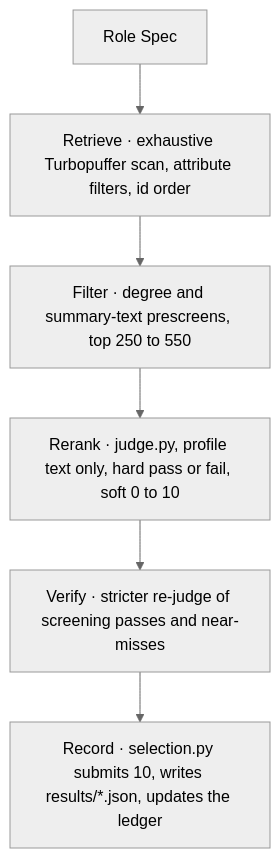
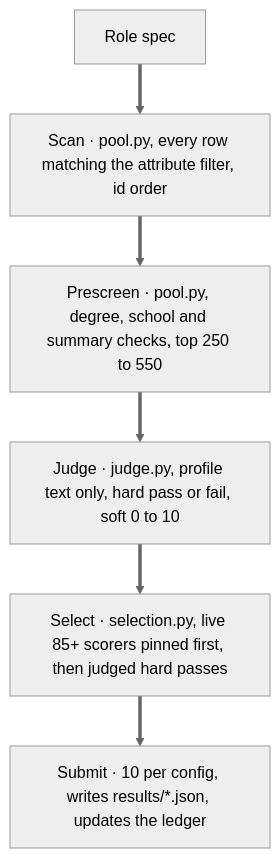
One commit to jameswniu/candidate-vector-search-rerank-semantics changed the diagram in README.md. Above: the diagram before and after it, drawn with Mermaid (neutral theme). The commit also changed other lines of this file and 5 other files, not shown here.

````diff
--- a/README.md
+++ b/README.md
@@ -55,8 +54,8 @@
 ```mermaid
 flowchart TD
-    Q["Role Spec"] --> RET["Retrieve · exhaustive Turbopuffer scan, attribute filters, id order"]
-    RET --> FIL["Filter · degree and summary-text prescreens, top 250 to 550"]
-    FIL --> RR["Rerank · judge.py, profile text only, hard pass or fail, soft 0 to 10"]
-    RR --> VER["Verify · stricter re-judge of screening passes and near-misses"]
-    VER --> REC["Record · selection.py submits 10, writes results/*.json, updates the ledger"]
+    Q["Role spec"] ==> SCAN["Scan · pool.py, every row matching the attribute filter, id order"]
+    SCAN ==> PRE["Prescreen · pool.py, degree, school and summary checks, top 250 to 550"]
+    PRE ==> JUDGE["Judge · judge.py, profile text only, hard pass or fail, soft 0 to 10"]
+    JUDGE ==> SEL["Select · selection.py, live 85+ scorers pinned first, then judged hard passes"]
+    SEL ==> SUB["Submit · 10 per config, writes results/*.json, updates the ledger"]
 ```
````
